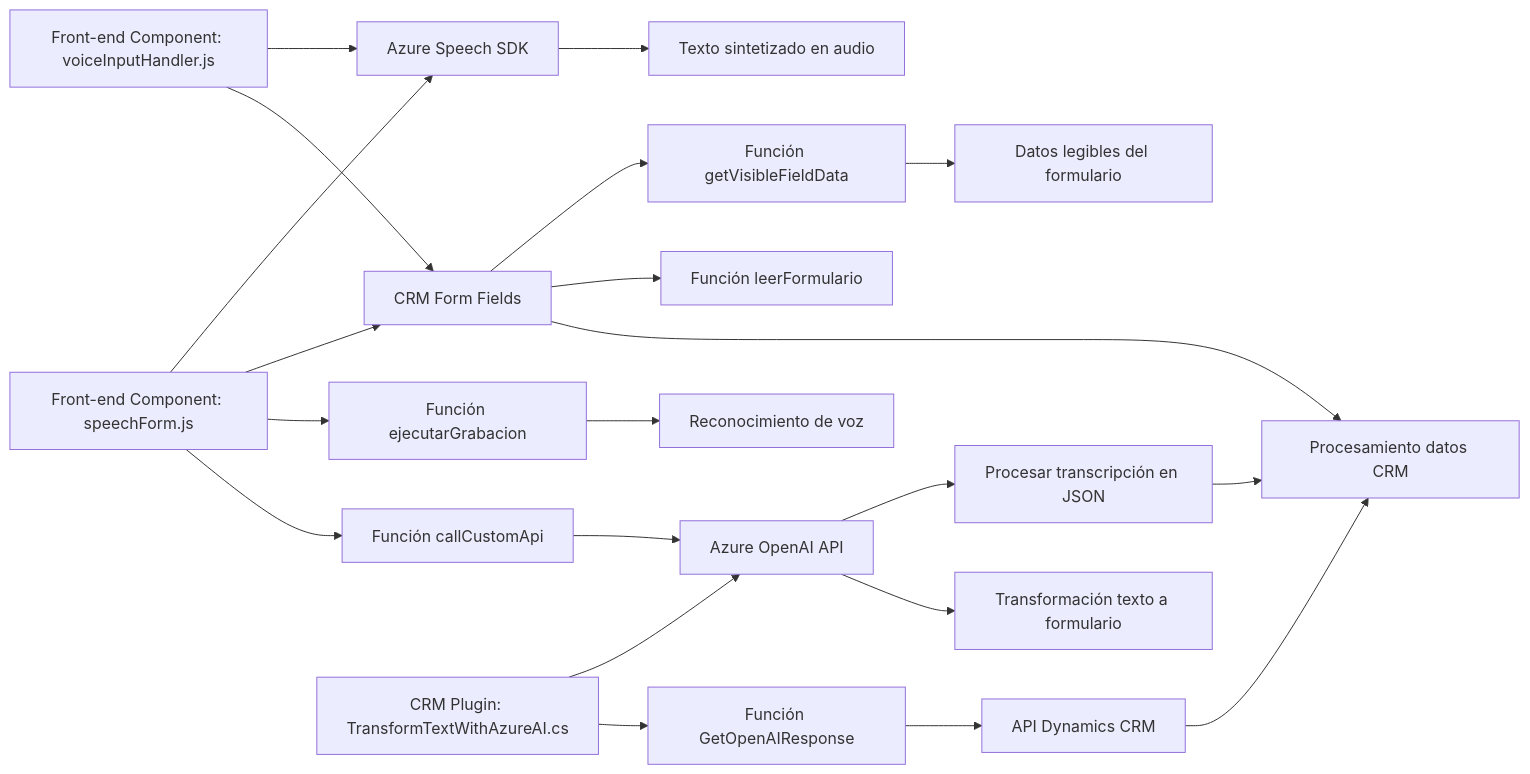
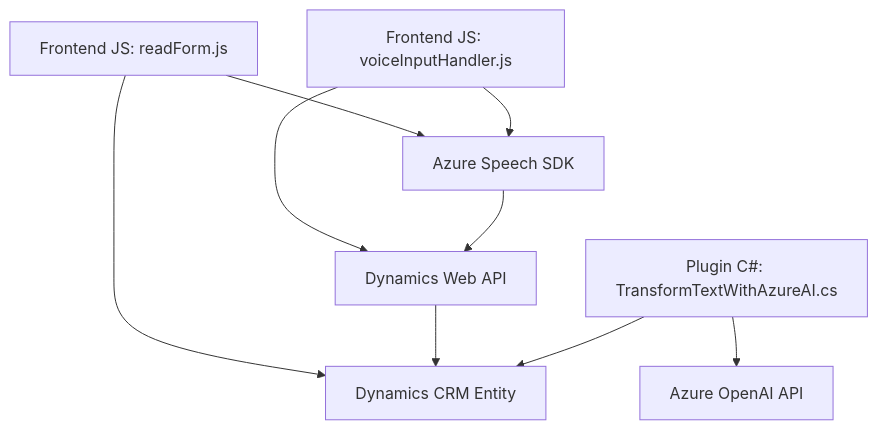
One commit to blopezdm/NETCORE_BILBAO2025 changed the diagram in README.md. Above: the diagram before and after it, drawn with Mermaid. The commit also changed other lines of this file, not shown here.

````diff
--- a/README.md
+++ b/README.md
@@ -43,26 +53,19 @@
 ```mermaid
-graph LR
-A["Front-end Component: voiceInputHandler.js"] --> B["Azure Speech SDK"]
-A --> C["CRM Form Fields"]
-B --> D["Texto sintetizado en audio"]
-C --> E["Función getVisibleFieldData"]
-C --> F["Función leerFormulario"]
-E --> G["Datos legibles del formulario"]
+graph TD
+  A["Frontend JS: readForm.js"]
+  B["Frontend JS: voiceInputHandler.js"]
+  C["Plugin C#: TransformTextWithAzureAI.cs"]
+  D["Azure Speech SDK"]
+  E["Azure OpenAI API"]
+  F["Dynamics Web API"]
+  G["Dynamics CRM Entity"]
 
-H["Front-end Component: speechForm.js"] --> B
-H --> C
-H --> I["Función ejecutarGrabacion"]
-H --> J["Función callCustomApi"]
-I --> K["Reconocimiento de voz"]
-J --> L["Azure OpenAI API"]
-L --> M["Procesar transcripción en JSON"]
-L --> N["Transformación texto a formulario"]
-
-O["CRM Plugin: TransformTextWithAzureAI.cs"] --> L
-O --> P["Función GetOpenAIResponse"]
-P --> Q["API Dynamics CRM"]
-Q --> R["Procesamiento datos CRM"]
-
-C --> R
-M --> R
+  A --> D
+  B --> D
+  A --> G
+  B --> F
+  F --> G
+  C --> E
+  C --> G
+  D --> F
 ```
````
